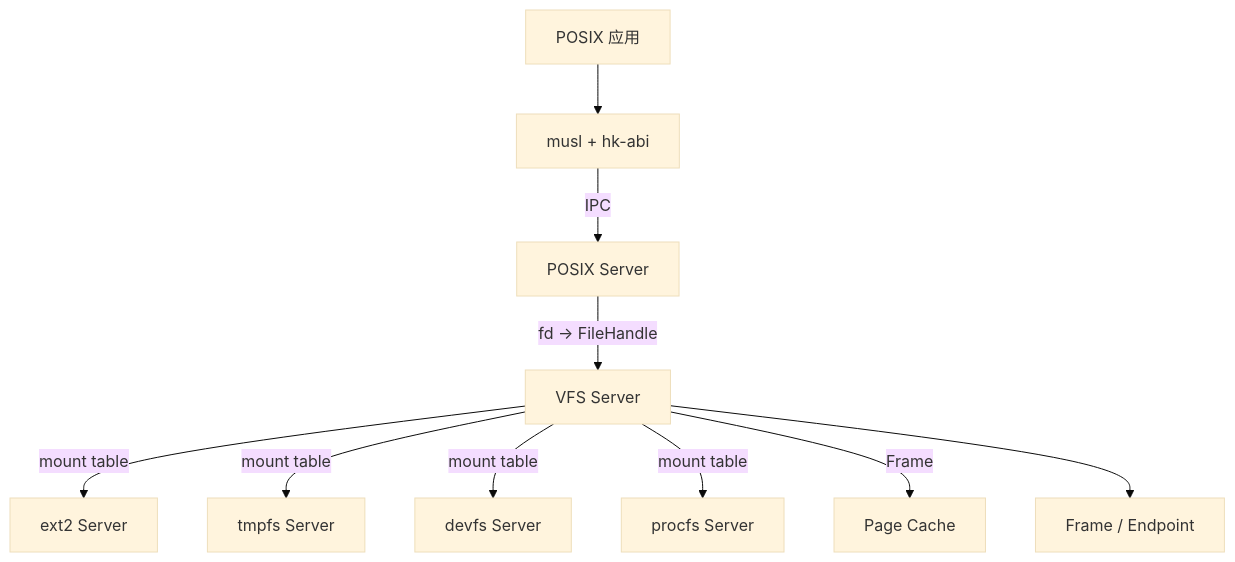
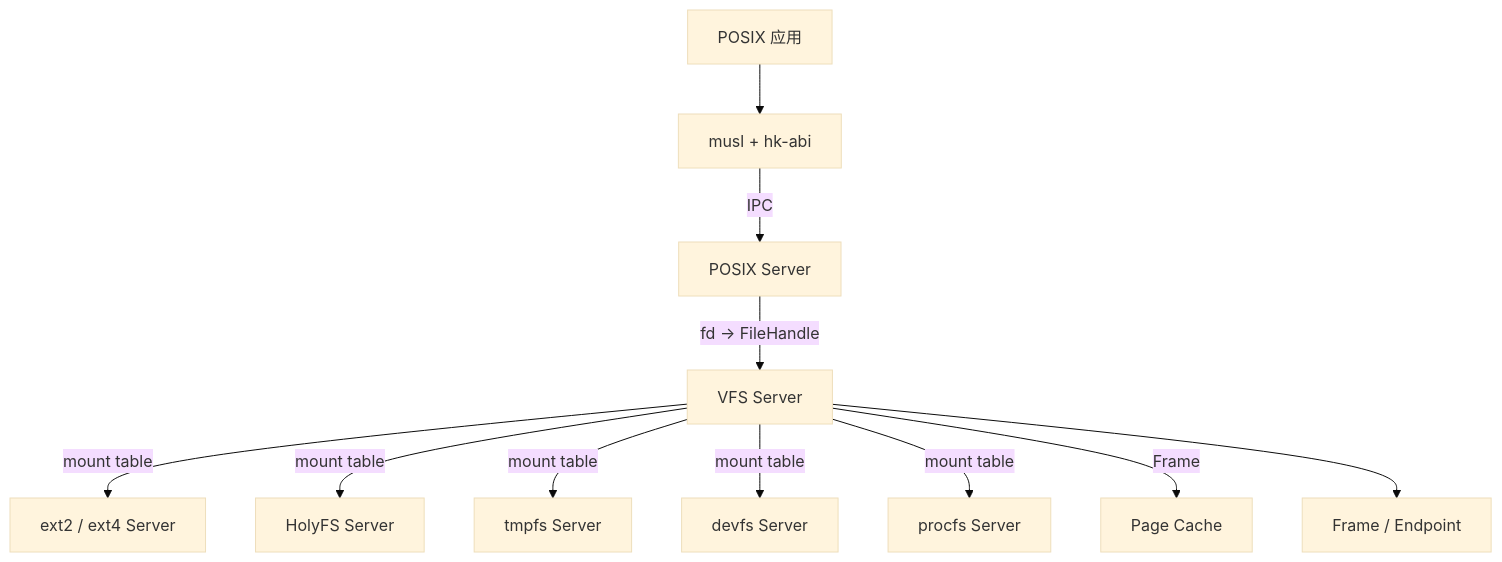
The first of 2 diagrams in docs/vfs.md (hongweifei/HolyKernel), drawn with Mermaid (base theme) before and after one commit. The commit also changed other lines of this file and 10 other files, not shown here.

First line of the commit message:
docs: integrate HolyFS across VFS, POSIX and boot

````diff
--- a/docs/vfs.md
+++ b/docs/vfs.md
@@ -36,12 +38,13 @@
 ```mermaid
 flowchart TB
     App["POSIX 应用"] --> Libc["musl + hk-abi"]
     Libc -->|IPC| POSIX["POSIX Server"]
     POSIX -->|fd → FileHandle| VFS["VFS Server"]
-    VFS -->|mount table| Ext2["ext2 Server"]
+    VFS -->|mount table| Ext2["ext2 / ext4 Server"]
+    VFS -->|mount table| HolyFS["HolyFS Server"]
     VFS -->|mount table| Tmpfs["tmpfs Server"]
     VFS -->|mount table| Devfs["devfs Server"]
     VFS -->|mount table| Procfs["procfs Server"]
     VFS -->|Frame| Cache["Page Cache"]
     VFS --> Kernel["Frame / Endpoint"]
 ```
````
